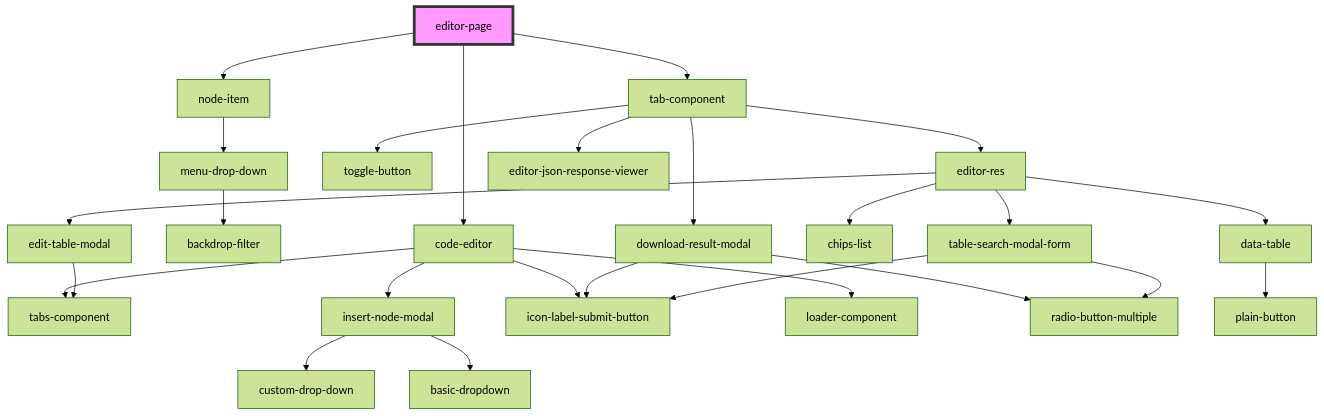
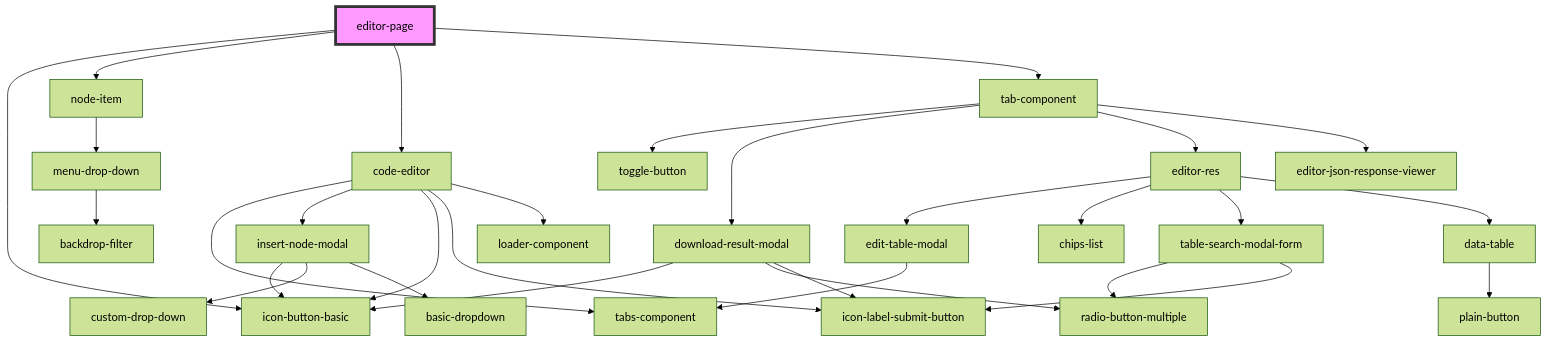
One commit to techvariable/NeptuneConnectComponents changed the diagram in src/components/editorPage/editor-page/readme.md. Above: the diagram before and after it, drawn with Mermaid (forest theme). The commit also changed other lines of this file and 22 other files, not shown here.

````diff
--- a/src/components/editorPage/editor-page/readme.md
+++ b/src/components/editorPage/editor-page/readme.md
@@ -24,29 +25,33 @@
 ```mermaid
 graph TD;
+  editor-page --> icon-button-basic
   editor-page --> node-item
   editor-page --> code-editor
   editor-page --> tab-component
   node-item --> menu-drop-down
   menu-drop-down --> backdrop-filter
   code-editor --> tabs-component
   code-editor --> insert-node-modal
+  code-editor --> icon-button-basic
   code-editor --> icon-label-submit-button
   code-editor --> loader-component
+  insert-node-modal --> icon-button-basic
   insert-node-modal --> custom-drop-down
   insert-node-modal --> basic-dropdown
   tab-component --> toggle-button
   tab-component --> download-result-modal
   tab-component --> editor-res
   tab-component --> editor-json-response-viewer
+  download-result-modal --> icon-button-basic
   download-result-modal --> radio-button-multiple
   download-result-modal --> icon-label-submit-button
   editor-res --> edit-table-modal
   editor-res --> chips-list
   editor-res --> table-search-modal-form
   editor-res --> data-table
   edit-table-modal --> tabs-component
   table-search-modal-form --> radio-button-multiple
   table-search-modal-form --> icon-label-submit-button
   data-table --> plain-button
   style editor-page fill:#f9f,stroke:#333,stroke-width:4px
 ```
````
